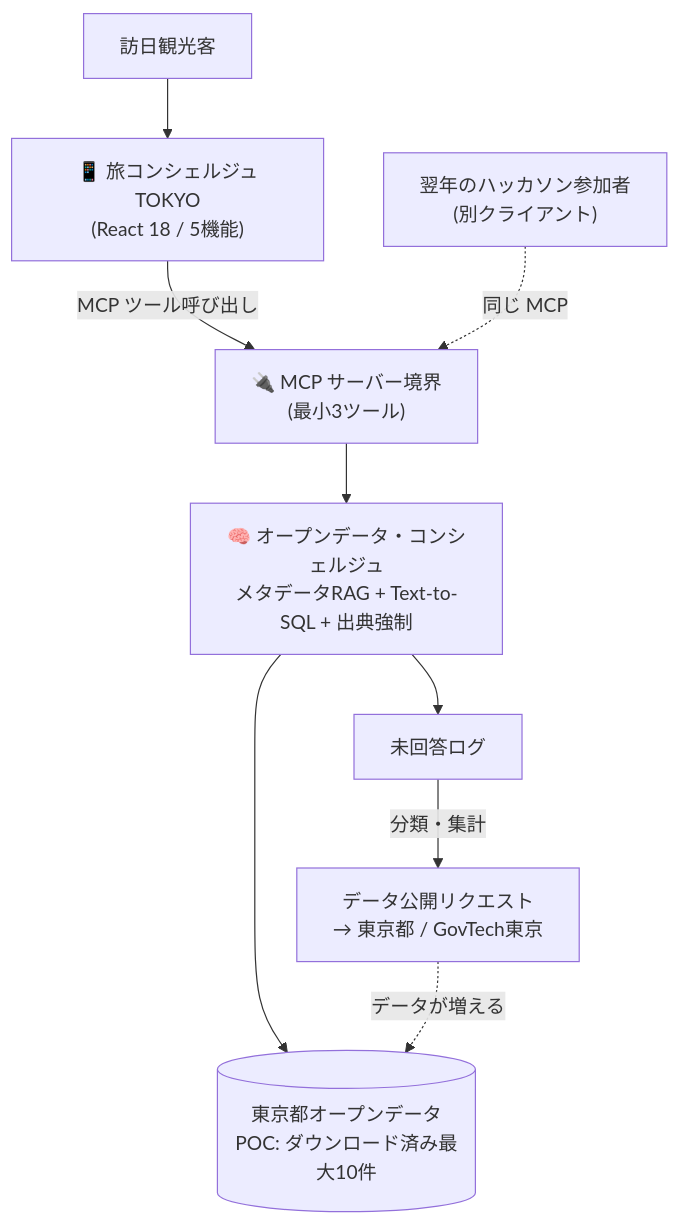
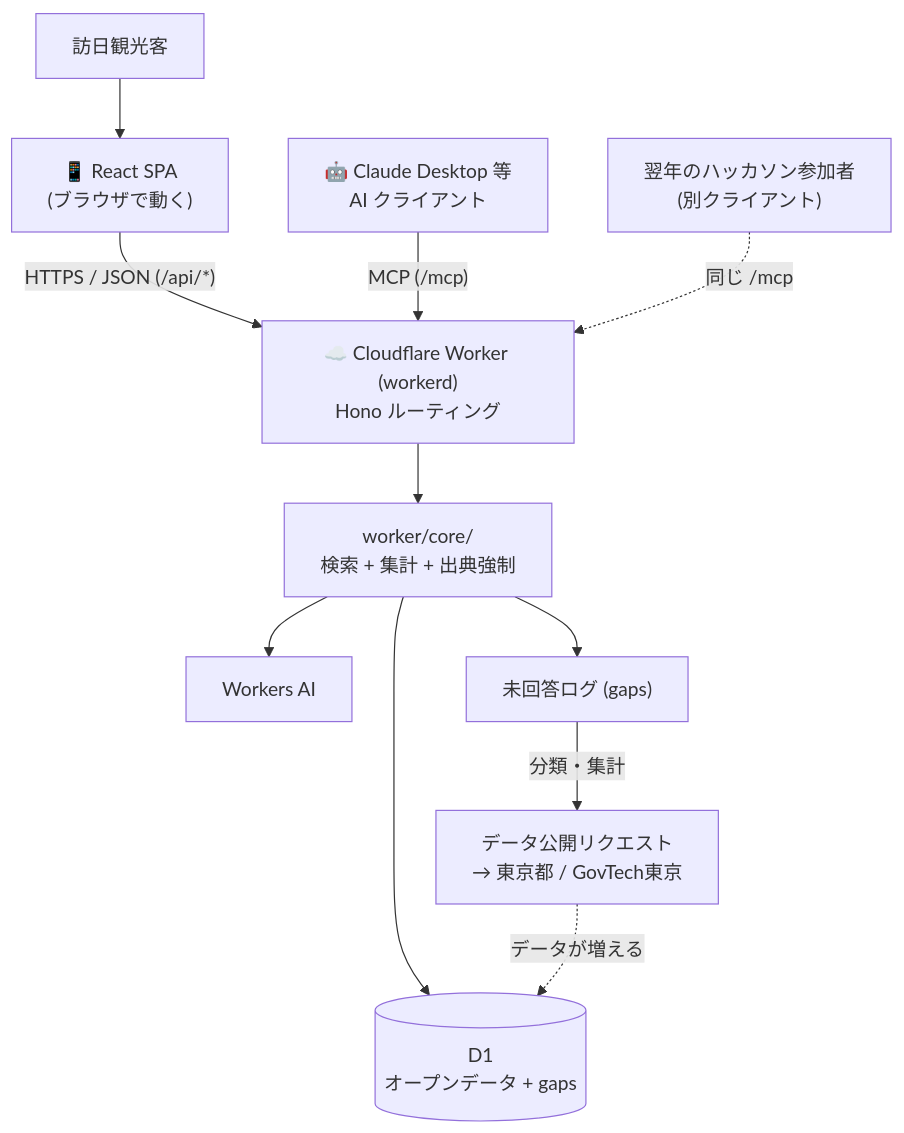
Before and after one commit to fffokazaki/tabi-concierge-tokyo: the first of 2 diagrams in docs/02-design/ARCHITECTURE.md, drawn with Mermaid. The commit also changed other lines of this file and 6 other files, not shown here.

````diff
--- a/docs/02-design/ARCHITECTURE.md
+++ b/docs/02-design/ARCHITECTURE.md
@@ -30,11 +31,13 @@
 ```mermaid
 graph TD
-    U[訪日観光客] --> FE["📱 旅コンシェルジュTOKYO<br/>(React 18 / 5機能)"]
-    FE -->|MCP ツール呼び出し| MCP["🔌 MCP サーバー境界<br/>(最小3ツール)"]
-    MCP --> BE["🧠 オープンデータ・コンシェルジュ<br/>メタデータRAG + Text-to-SQL + 出典強制"]
-    BE --> DS[("東京都オープンデータ<br/>POC: ダウンロード済み最大10件")]
-    BE --> LOG["未回答ログ"]
+    U[訪日観光客] --> FE["📱 React SPA<br/>(ブラウザで動く)"]
+    FE -->|"HTTPS / JSON (/api/*)"| W
+    AI["🤖 Claude Desktop 等<br/>AI クライアント"] -->|"MCP (/mcp)"| W
+    W["☁️ Cloudflare Worker (workerd)<br/>Hono ルーティング"] --> CORE["worker/core/<br/>検索 + 集計 + 出典強制"]
+    CORE --> DS[("D1<br/>オープンデータ + gaps")]
+    CORE --> WAI["Workers AI"]
+    CORE --> LOG["未回答ログ (gaps)"]
     LOG -->|分類・集計| REQ["データ公開リクエスト<br/>→ 東京都 / GovTech東京"]
     REQ -.->|データが増える| DS
-    FUTURE["翌年のハッカソン参加者<br/>(別クライアント)"] -.->|同じ MCP| MCP
+    FUTURE["翌年のハッカソン参加者<br/>(別クライアント)"] -.->|同じ /mcp| W
 ```
````
